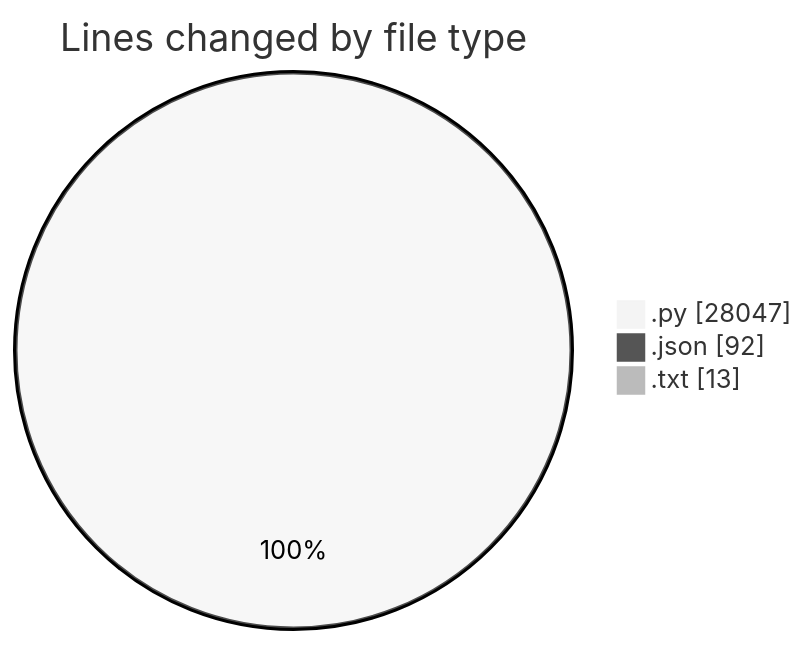
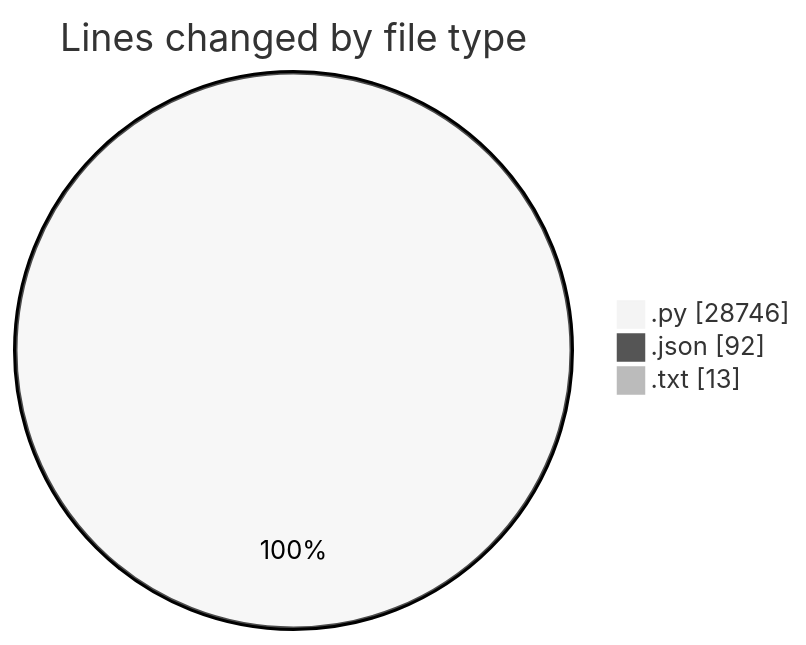
Before and after one commit to jrari/code-tracking: the first of 2 diagrams in 2025-07-13/telebot/README.md, drawn with Mermaid (neutral theme). The commit also changed other lines of this file and 1 other file, not shown here.

````diff
--- a/2025-07-13/telebot/README.md
+++ b/2025-07-13/telebot/README.md
@@ -67,7 +68,7 @@
 ```mermaid
 pie showData
 title Lines changed by file type
-".py" : 28047
+".py" : 28746
 ".json" : 92
 ".txt" : 13
 ```
````
